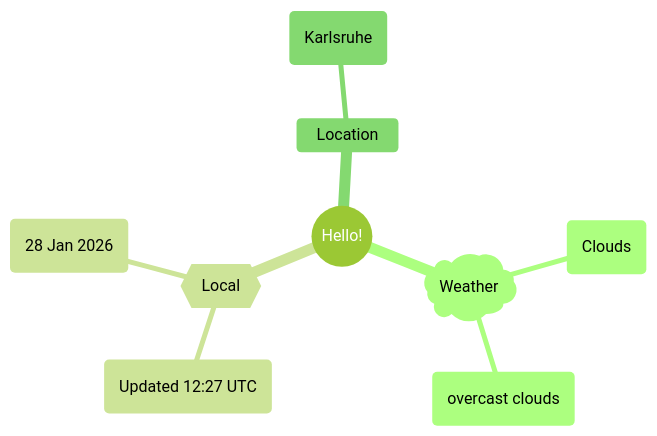
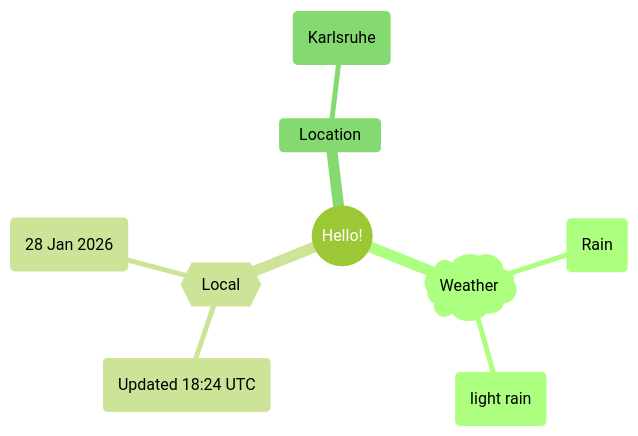
One commit to Xosrov/Xosrov changed the first of 2 diagrams in README.md. Above: the diagram before and after it, drawn with Mermaid (forest theme).

Commit message:
[bot] updated images

````diff
--- a/README.md
+++ b/README.md
@@ -3,12 +3,12 @@
 ```mermaid
 mindmap
   root((Hello!))
     )Weather(
-        (Clouds)
-        (overcast clouds)
+        (Rain)
+        (light rain)
     {{Local}}
-        (Updated 12:27 UTC)
+        (Updated 18:24 UTC)
         (28 Jan 2026)
     Location
         (Karlsruhe)
 ```
````
